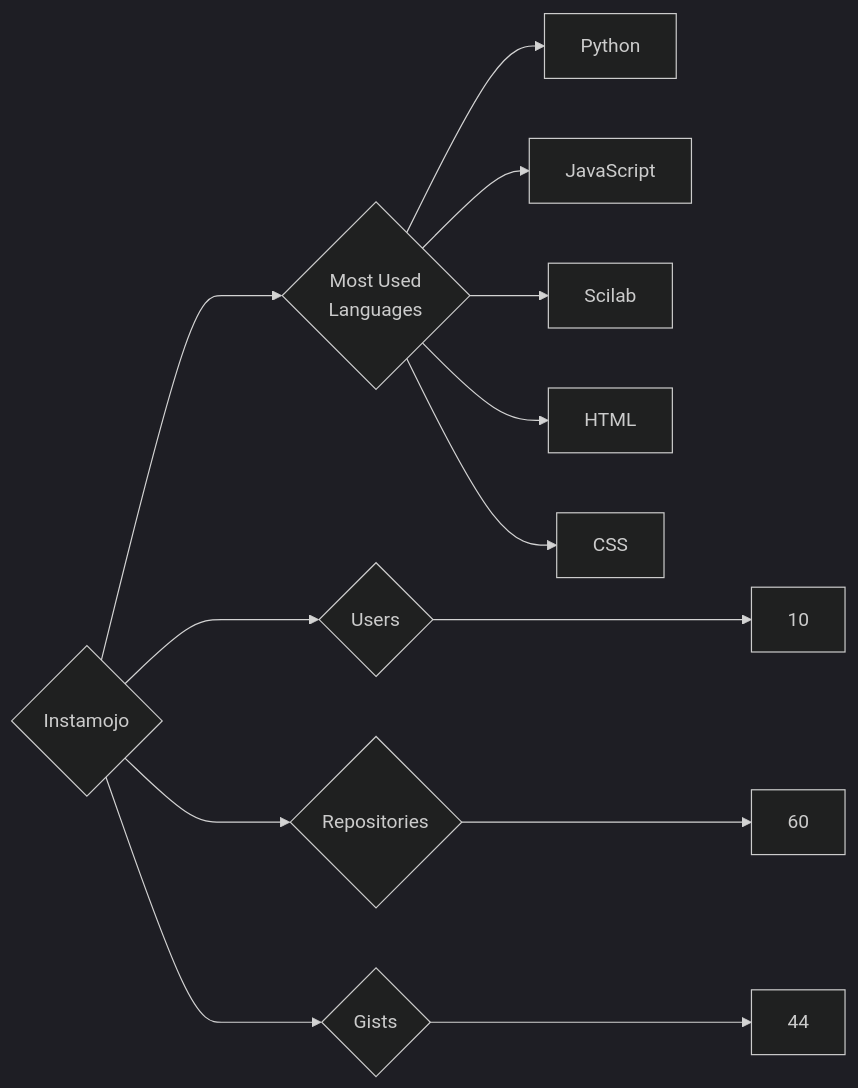
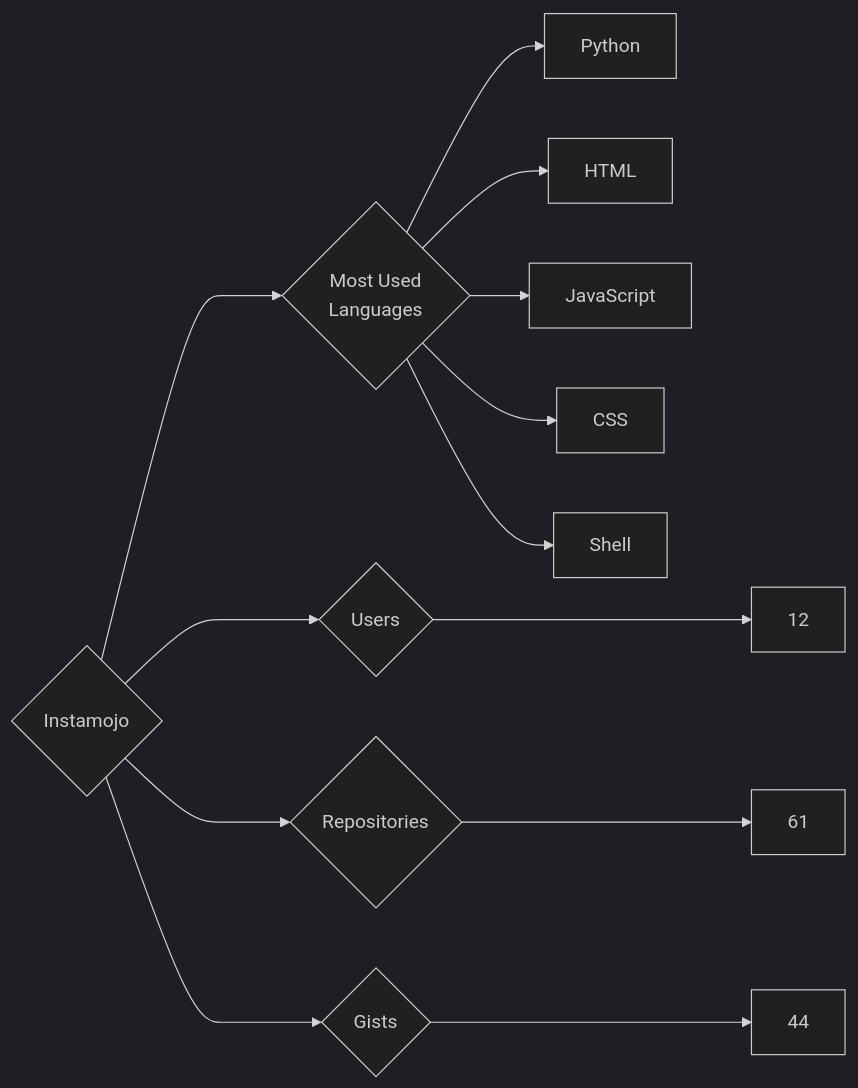
One commit to trickest/insiders changed the diagram in targets/Instamojo/README.md. Above: the diagram before and after it, drawn with Mermaid (dark theme). The commit also changed 1020 other files, not shown here.

````diff
--- a/targets/Instamojo/README.md
+++ b/targets/Instamojo/README.md
@@ -3,13 +3,13 @@
 ```mermaid
 graph LR
 COMPANY_NAME{Instamojo}
-COMPANY_NAME ---> U{Users} ---> UN[10]
-COMPANY_NAME ---> R{Repositories} ---> RN[60]
+COMPANY_NAME ---> U{Users} ---> UN[12]
+COMPANY_NAME ---> R{Repositories} ---> RN[61]
 COMPANY_NAME ---> G{Gists} ---> GN[44]
 COMPANY_NAME ---> ML{Most Used<br>Languages}
 ML --> Python[Python]
+ML --> HTML[HTML]
 ML --> JavaScript[JavaScript]
-ML --> Scilab[Scilab]
-ML --> HTML[HTML]
 ML --> CSS[CSS]
+ML --> Shell[Shell]
 ```
````
